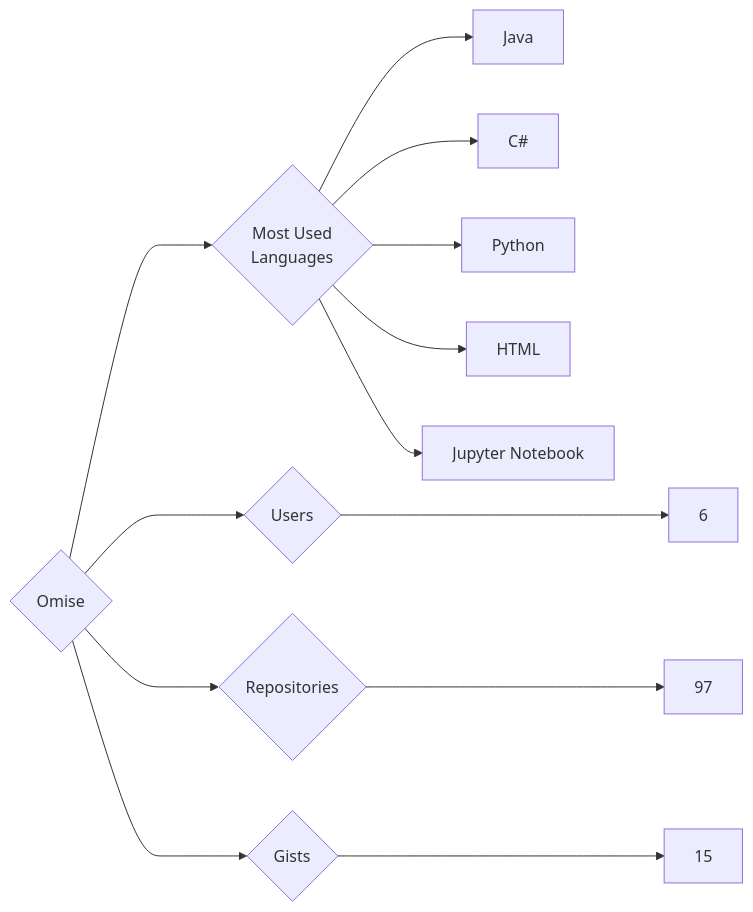
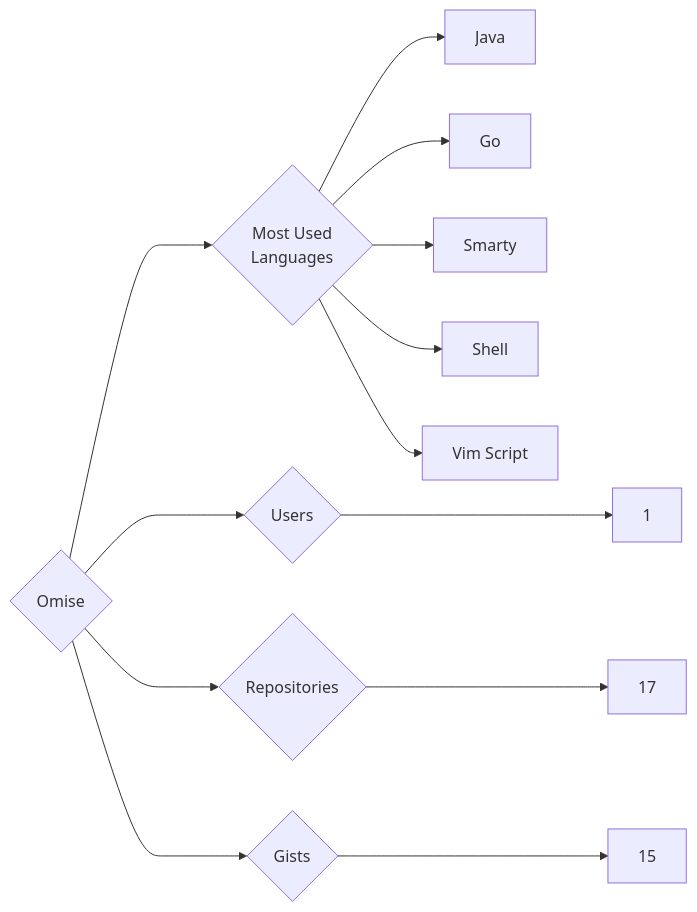
One commit to trickest/insiders changed the diagram in targets/Omise/README.md. Above: the diagram before and after it, drawn with Mermaid. The commit also changed 444 other files, not shown here.

````diff
--- a/targets/Omise/README.md
+++ b/targets/Omise/README.md
@@ -3,13 +3,13 @@
 ```mermaid
 graph LR
 COMPANY_NAME{Omise}
-COMPANY_NAME ---> U{Users} ---> UN[6]
-COMPANY_NAME ---> R{Repositories} ---> RN[97]
+COMPANY_NAME ---> U{Users} ---> UN[1]
+COMPANY_NAME ---> R{Repositories} ---> RN[17]
 COMPANY_NAME ---> G{Gists} ---> GN[15]
 COMPANY_NAME ---> ML{Most Used<br>Languages}
 ML --> Java[Java]
-ML --> C#[C#]
-ML --> Python[Python]
-ML --> HTML[HTML]
-ML --> Jupyter_Notebook[Jupyter Notebook]
+ML --> Go[Go]
+ML --> Smarty[Smarty]
+ML --> Shell[Shell]
+ML --> Vim_Script[Vim Script]
 ```
````
